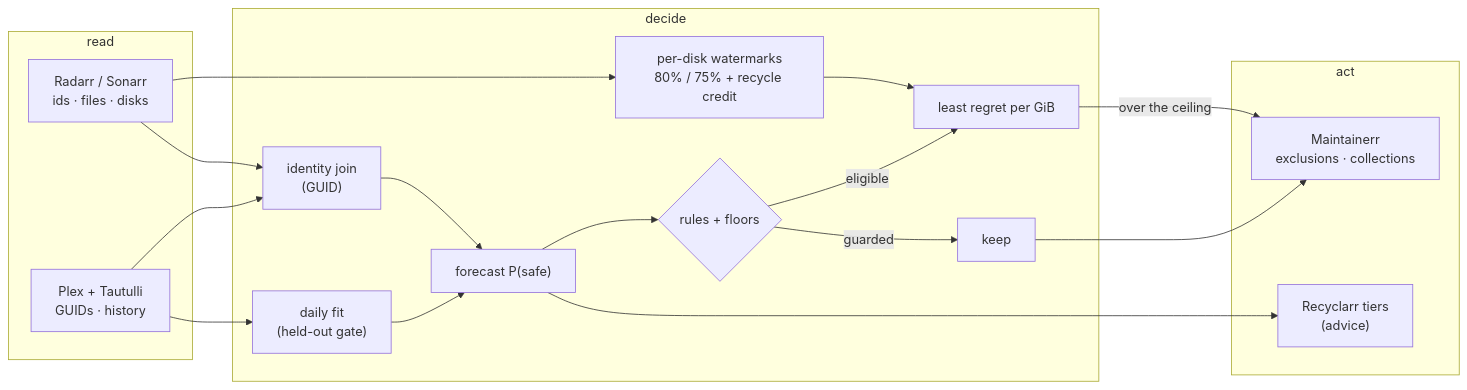
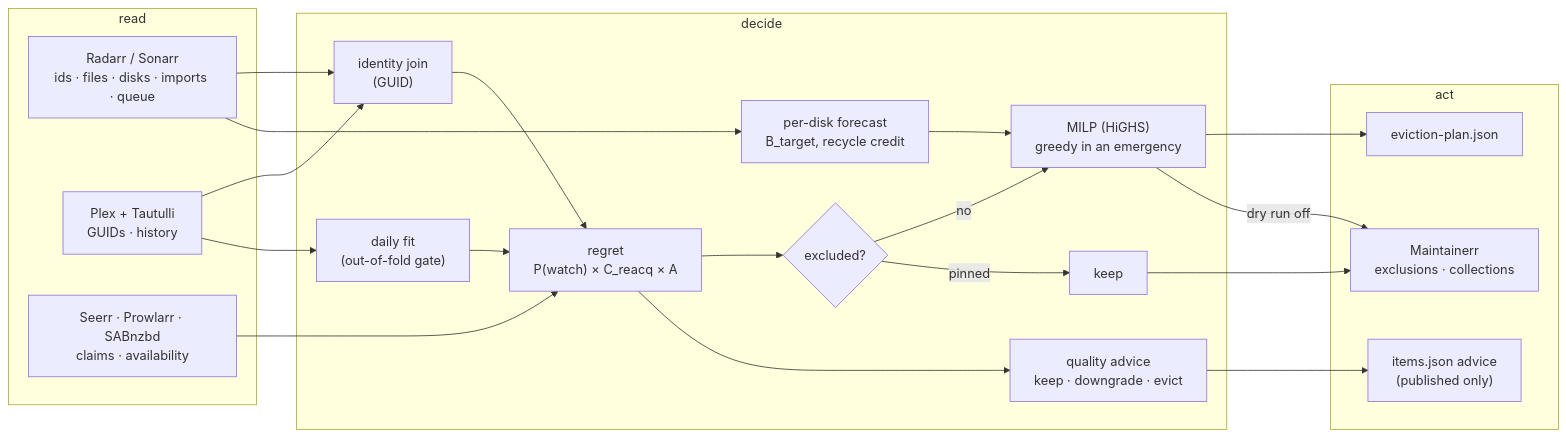
Before and after one commit to tobhoster/flinch: the diagram in docs/how-it-works.md, drawn with Mermaid. The commit also changed other lines of this file and 137 other files, not shown here.

````diff
--- a/docs/how-it-works.md
+++ b/docs/how-it-works.md
@@ -438,26 +426,31 @@
 ```mermaid
 flowchart LR
     subgraph IN["read"]
-        ARR["Radarr / Sonarr<br/>ids · files · disks"]
+        ARR["Radarr / Sonarr<br/>ids · files · disks · imports · queue"]
         PX["Plex + Tautulli<br/>GUIDs · history"]
+        EXT["Seerr · Prowlarr · SABnzbd<br/>claims · availability"]
     end
     subgraph DECIDE["decide"]
-        ID["identity join<br/>(GUID)"] --> SC["forecast P(safe)"]
-        FIT["daily fit<br/>(held-out gate)"] --> SC
-        SC --> POL{"rules + floors"}
-        CAP["per-disk watermarks<br/>80% / 75% + recycle credit"] --> PLAN
-        POL -->|eligible| PLAN["least regret per GiB"]
-        POL -->|guarded| KEEP["keep"]
+        ID["identity join<br/>(GUID)"] --> REG["regret<br/>P(watch) × C_reacq × A"]
+        REG --> EXC{"excluded?"}
+        EXC -->|no| PLAN["MILP (HiGHS)<br/>greedy in an emergency"]
+        EXC -->|pinned| KEEP["keep"]
+        CAP["per-disk forecast<br/>B_target, recycle credit"] --> PLAN
+        FIT["daily fit<br/>(out-of-fold gate)"] --> REG
+        REG --> QA["quality advice<br/>keep · downgrade · evict"]
     end
     subgraph OUT["act"]
+        EP["eviction-plan.json"]
         MX["Maintainerr<br/>exclusions · collections"]
-        RC["Recyclarr tiers<br/>(advice)"]
+        QA_OUT["items.json advice<br/>(published only)"]
     end
     ARR --> ID
     PX --> ID
     PX --> FIT
+    EXT --> REG
     ARR --> CAP
-    PLAN -->|over the ceiling| MX
+    PLAN --> EP
+    PLAN -->|dry run off| MX
     KEEP --> MX
-    SC --> RC
+    QA --> QA_OUT
 ```
````
